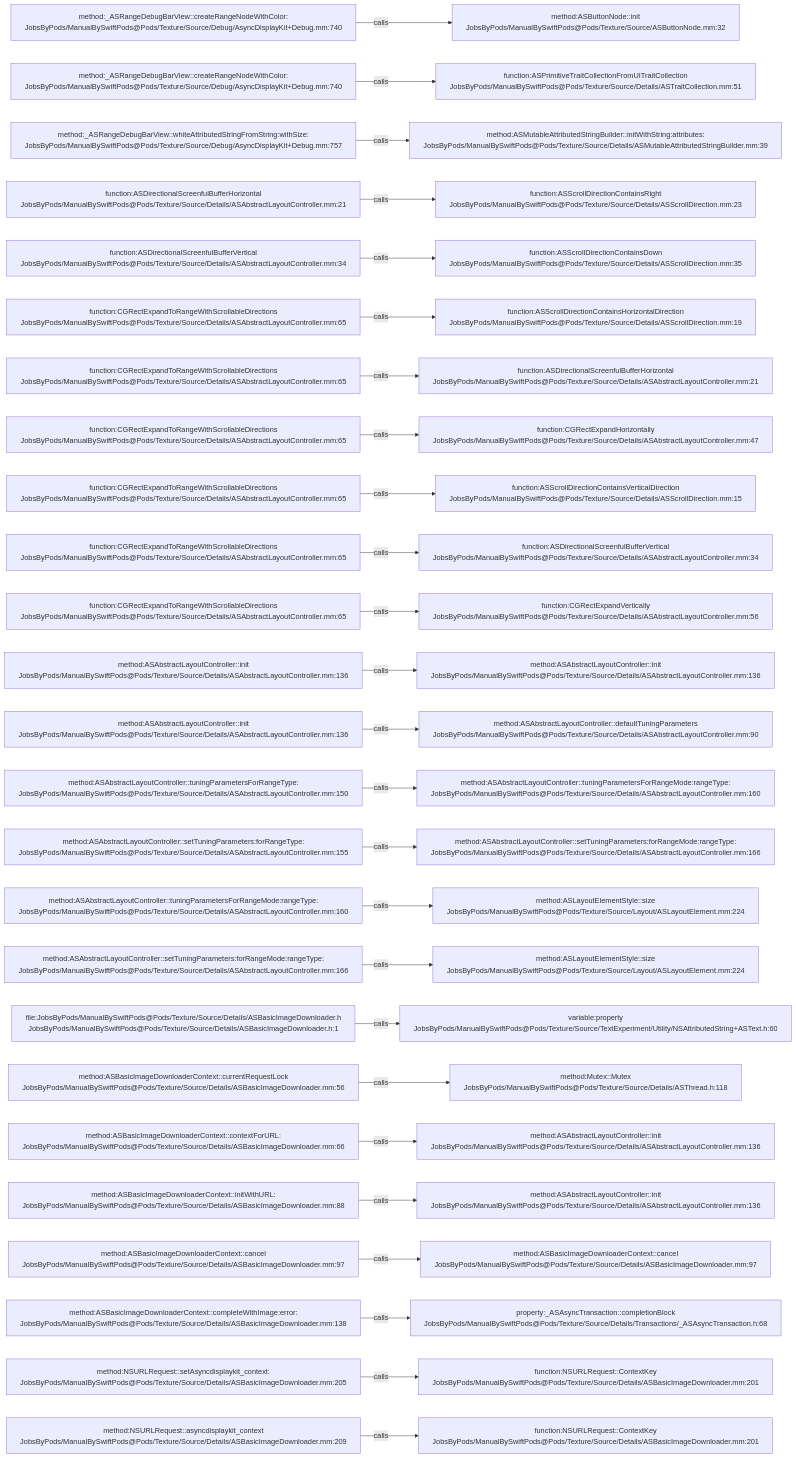
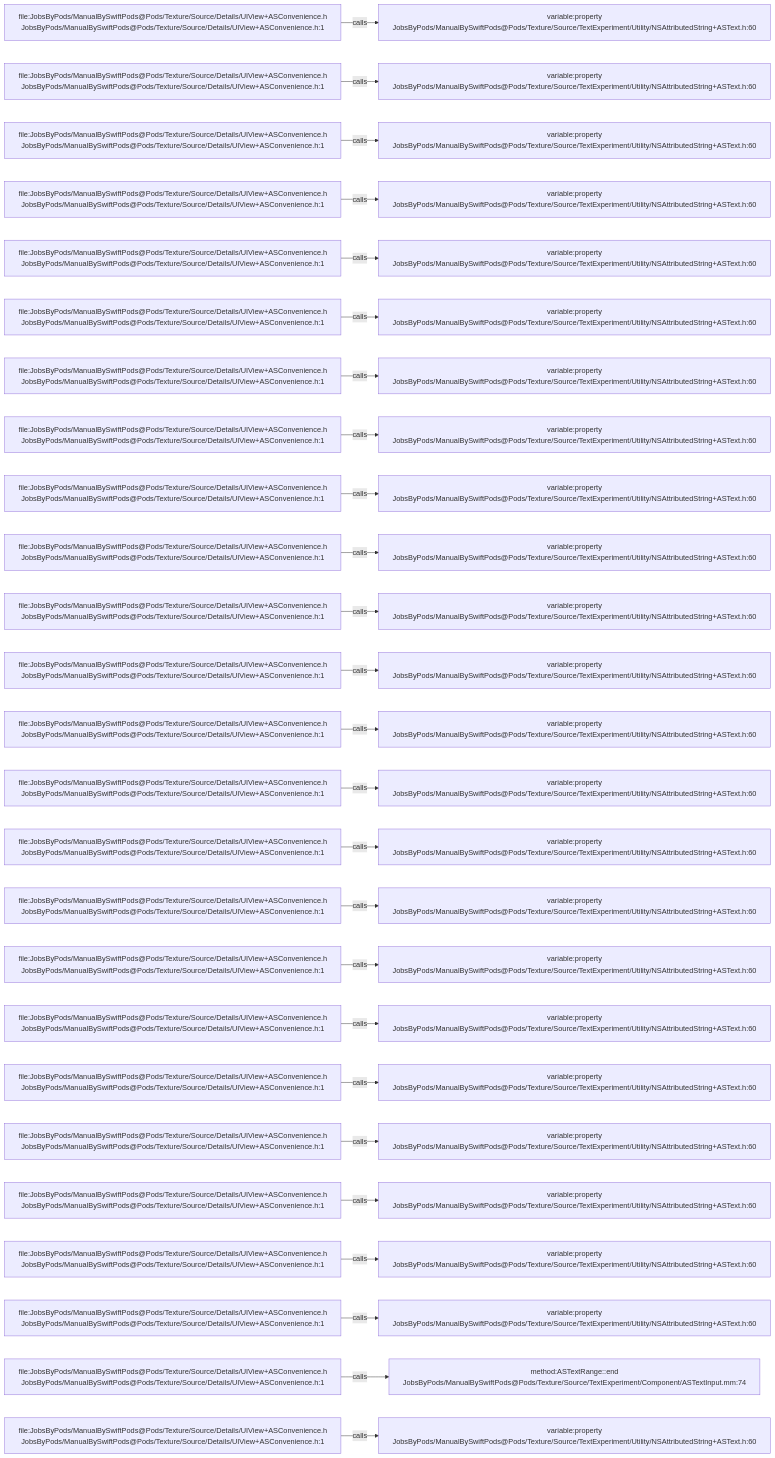
Before and after one commit to JobsKits/JobsSwiftBaseConfigDemo: the diagram in .codegraph/codegraph.md/graphs/calls-100.md, drawn with Mermaid. The commit also changed 832 other files, not shown here.

````diff
--- a/.codegraph/codegraph.md/graphs/calls-100.md
+++ b/.codegraph/codegraph.md/graphs/calls-100.md
@@ -13,78 +13,78 @@
 ```mermaid
 flowchart LR
-  S1["method:_ASRangeDebugBarView::createRangeNodeWithColor:<br/>JobsByPods/ManualBySwiftPods@Pods/Texture/Source/Debug/AsyncDisplayKit+Debug.mm:740"]
-  T1["method:ASButtonNode::init<br/>JobsByPods/ManualBySwiftPods@Pods/Texture/Source/ASButtonNode.mm:32"]
+  S1["file:JobsByPods/ManualBySwiftPods@Pods/Texture/Source/Details/UIView+ASConvenience.h<br/>JobsByPods/ManualBySwiftPods@Pods/Texture/Source/Details/UIView+ASConvenience.h:1"]
+  T1["variable:property<br/>JobsByPods/ManualBySwiftPods@Pods/Texture/Source/TextExperiment/Utility/NSAttributedString+ASText.h:60"]
   S1 -->|calls| T1
-  S2["method:_ASRangeDebugBarView::createRangeNodeWithColor:<br/>JobsByPods/ManualBySwiftPods@Pods/Texture/Source/Debug/AsyncDisplayKit+Debug.mm:740"]
-  T2["function:ASPrimitiveTraitCollectionFromUITraitCollection<br/>JobsByPods/ManualBySwiftPods@Pods/Texture/Source/Details/ASTraitCollection.mm:51"]
+  S2["file:JobsByPods/ManualBySwiftPods@Pods/Texture/Source/Details/UIView+ASConvenience.h<br/>JobsByPods/ManualBySwiftPods@Pods/Texture/Source/Details/UIView+ASConvenience.h:1"]
+  T2["variable:property<br/>JobsByPods/ManualBySwiftPods@Pods/Texture/Source/TextExperiment/Utility/NSAttributedString+ASText.h:60"]
   S2 -->|calls| T2
-  S3["method:_ASRangeDebugBarView::whiteAttributedStringFromString:withSize:<br/>JobsByPods/ManualBySwiftPods@Pods/Texture/Source/Debug/AsyncDisplayKit+Debug.mm:757"]
-  T3["method:ASMutableAttributedStringBuilder::initWithString:attributes:<br/>JobsByPods/ManualBySwiftPods@Pods/Texture/Source/Details/ASMutableAttributedStringBuilder.mm:39"]
+  S3["file:JobsByPods/ManualBySwiftPods@Pods/Texture/Source/Details/UIView+ASConvenience.h<br/>JobsByPods/ManualBySwiftPods@Pods/Texture/Source/Details/UIView+ASConvenience.h:1"]
+  T3["variable:property<br/>JobsByPods/ManualBySwiftPods@Pods/Texture/Source/TextExperiment/Utility/NSAttributedString+ASText.h:60"]
   S3 -->|calls| T3
-  S4["function:ASDirectionalScreenfulBufferHorizontal<br/>JobsByPods/ManualBySwiftPods@Pods/Texture/Source/Details/ASAbstractLayoutController.mm:21"]
-  T4["function:ASScrollDirectionContainsRight<br/>JobsByPods/ManualBySwiftPods@Pods/Texture/Source/Details/ASScrollDirection.mm:23"]
+  S4["file:JobsByPods/ManualBySwiftPods@Pods/Texture/Source/Details/UIView+ASConvenience.h<br/>JobsByPods/ManualBySwiftPods@Pods/Texture/Source/Details/UIView+ASConvenience.h:1"]
+  T4["variable:property<br/>JobsByPods/ManualBySwiftPods@Pods/Texture/Source/TextExperiment/Utility/NSAttributedString+ASText.h:60"]
   S4 -->|calls| T4
-  S5["function:ASDirectionalScreenfulBufferVertical<br/>JobsByPods/ManualBySwiftPods@Pods/Texture/Source/Details/ASAbstractLayoutController.mm:34"]
-  T5["function:ASScrollDirectionContainsDown<br/>JobsByPods/ManualBySwiftPods@Pods/Texture/Source/Details/ASScrollDirection.mm:35"]
+  S5["file:JobsByPods/ManualBySwiftPods@Pods/Texture/Source/Details/UIView+ASConvenience.h<br/>JobsByPods/ManualBySwiftPods@Pods/Texture/Source/Details/UIView+ASConvenience.h:1"]
+  T5["variable:property<br/>JobsByPods/ManualBySwiftPods@Pods/Texture/Source/TextExperiment/Utility/NSAttributedString+ASText.h:60"]
   S5 -->|calls| T5
-  S6["function:CGRectExpandToRangeWithScrollableDirections<br/>JobsByPods/ManualBySwiftPods@Pods/Texture/Source/Details/ASAbstractLayoutController.mm:65"]
-  T6["function:ASScrollDirectionContainsHorizontalDirection<br/>JobsByPods/ManualBySwiftPods@Pods/Texture/Source/Details/ASScrollDirection.mm:19"]
+  S6["file:JobsByPods/ManualBySwiftPods@Pods/Texture/Source/Details/UIView+ASConvenience.h<br/>JobsByPods/ManualBySwiftPods@Pods/Texture/Source/Details/UIView+ASConvenience.h:1"]
+  T6["variable:property<br/>JobsByPods/ManualBySwiftPods@Pods/Texture/Source/TextExperiment/Utility/NSAttributedString+ASText.h:60"]
   S6 -->|calls| T6
-  S7["function:CGRectExpandToRangeWithScrollableDirections<br/>JobsByPods/ManualBySwiftPods@Pods/Texture/Source/Details/ASAbstractLayoutController.mm:65"]
-  T7["function:ASDirectionalScreenfulBufferHorizontal<br/>JobsByPods/ManualBySwiftPods@Pods/Texture/Source/Details/ASAbstractLayoutController.mm:21"]
+  S7["file:JobsByPods/ManualBySwiftPods@Pods/Texture/Source/Details/UIView+ASConvenience.h<br/>JobsByPods/ManualBySwiftPods@Pods/Texture/Source/Details/UIView+ASConvenience.h:1"]
+  T7["variable:property<br/>JobsByPods/ManualBySwiftPods@Pods/Texture/Source/TextExperiment/Utility/NSAttributedString+ASText.h:60"]
   S7 -->|calls| T7
-  S8["function:CGRectExpandToRangeWithScrollableDirections<br/>JobsByPods/ManualBySwiftPods@Pods/Texture/Source/Details/ASAbstractLayoutController.mm:65"]
-  T8["function:CGRectExpandHorizontally<br/>JobsByPods/ManualBySwiftPods@Pods/Texture/Source/Details/ASAbstractLayoutController.mm:47"]
+  S8["file:JobsByPods/ManualBySwiftPods@Pods/Texture/Source/Details/UIView+ASConvenience.h<br/>JobsByPods/ManualBySwiftPods@Pods/Texture/Source/Details/UIView+ASConvenience.h:1"]
+  T8["variable:property<br/>JobsByPods/ManualBySwiftPods@Pods/Texture/Source/TextExperiment/Utility/NSAttributedString+ASText.h:60"]
   S8 -->|calls| T8
-  S9["function:CGRectExpandToRangeWithScrollableDirections<br/>JobsByPods/ManualBySwiftPods@Pods/Texture/Source/Details/ASAbstractLayoutController.mm:65"]
-  T9["function:ASScrollDirectionContainsVerticalDirection<br/>JobsByPods/ManualBySwiftPods@Pods/Texture/Source/Details/ASScrollDirection.mm:15"]
+  S9["file:JobsByPods/ManualBySwiftPods@Pods/Texture/Source/Details/UIView+ASConvenience.h<br/>JobsByPods/ManualBySwiftPods@Pods/Texture/Source/Details/UIView+ASConvenience.h:1"]
+  T9["variable:property<br/>JobsByPods/ManualBySwiftPods@Pods/Texture/Source/TextExperiment/Utility/NSAttributedString+ASText.h:60"]
   S9 -->|calls| T9
-  S10["function:CGRectExpandToRangeWithScrollableDirections<br/>JobsByPods/ManualBySwiftPods@Pods/Texture/Source/Details/ASAbstractLayoutController.mm:65"]
-  T10["function:ASDirectionalScreenfulBufferVertical<br/>JobsByPods/ManualBySwiftPods@Pods/Texture/Source/Details/ASAbstractLayoutController.mm:34"]
+  S10["file:JobsByPods/ManualBySwiftPods@Pods/Texture/Source/Details/UIView+ASConvenience.h<br/>JobsByPods/ManualBySwiftPods@Pods/Texture/Source/Details/UIView+ASConvenience.h:1"]
+  T10["variable:property<br/>JobsByPods/ManualBySwiftPods@Pods/Texture/Source/TextExperiment/Utility/NSAttributedString+ASText.h:60"]
   S10 -->|calls| T10
-  S11["function:CGRectExpandToRangeWithScrollableDirections<br/>JobsByPods/ManualBySwiftPods@Pods/Texture/Source/Details/ASAbstractLayoutController.mm:65"]
-  T11["function:CGRectExpandVertically<br/>JobsByPods/ManualBySwiftPods@Pods/Texture/Source/Details/ASAbstractLayoutController.mm:56"]
+  S11["file:JobsByPods/ManualBySwiftPods@Pods/Texture/Source/Details/UIView+ASConvenience.h<br/>JobsByPods/ManualBySwiftPods@Pods/Texture/Source/Details/UIView+ASConvenience.h:1"]
+  T11["variable:property<br/>JobsByPods/ManualBySwiftPods@Pods/Texture/Source/TextExperiment/Utility/NSAttributedString+ASText.h:60"]
   S11 -->|calls| T11
-  S12["method:ASAbstractLayoutController::init<br/>JobsByPods/ManualBySwiftPods@Pods/Texture/Source/Details/ASAbstractLayoutController.mm:136"]
-  T12["method:ASAbstractLayoutController::init<br/>JobsByPods/ManualBySwiftPods@Pods/Texture/Source/Details/ASAbstractLayoutController.mm:136"]
+  S12["file:JobsByPods/ManualBySwiftPods@Pods/Texture/Source/Details/UIView+ASConvenience.h<br/>JobsByPods/ManualBySwiftPods@Pods/Texture/Source/Details/UIView+ASConvenience.h:1"]
+  T12["variable:property<br/>JobsByPods/ManualBySwiftPods@Pods/Texture/Source/TextExperiment/Utility/NSAttributedString+ASText.h:60"]
   S12 -->|calls| T12
-  S13["method:ASAbstractLayoutController::init<br/>JobsByPods/ManualBySwiftPods@Pods/Texture/Source/Details/ASAbstractLayoutController.mm:136"]
-  T13["method:ASAbstractLayoutController::defaultTuningParameters<br/>JobsByPods/ManualBySwiftPods@Pods/Texture/Source/Details/ASAbstractLayoutController.mm:90"]
+  S13["file:JobsByPods/ManualBySwiftPods@Pods/Texture/Source/Details/UIView+ASConvenience.h<br/>JobsByPods/ManualBySwiftPods@Pods/Texture/Source/Details/UIView+ASConvenience.h:1"]
+  T13["variable:property<br/>JobsByPods/ManualBySwiftPods@Pods/Texture/Source/TextExperiment/Utility/NSAttributedString+ASText.h:60"]
   S13 -->|calls| T13
-  S14["method:ASAbstractLayoutController::tuningParametersForRangeType:<br/>JobsByPods/ManualBySwiftPods@Pods/Texture/Source/Details/ASAbstractLayoutController.mm:150"]
-  T14["method:ASAbstractLayoutController::tuningParametersForRangeMode:rangeType:<br/>JobsByPods/ManualBySwiftPods@Pods/Texture/Source/Details/ASAbstractLayoutController.mm:160"]
+  S14["file:JobsByPods/ManualBySwiftPods@Pods/Texture/Source/Details/UIView+ASConvenience.h<br/>JobsByPods/ManualBySwiftPods@Pods/Texture/Source/Details/UIView+ASConvenience.h:1"]
+  T14["variable:property<br/>JobsByPods/ManualBySwiftPods@Pods/Texture/Source/TextExperiment/Utility/NSAttributedString+ASText.h:60"]
   S14 -->|calls| T14
-  S15["method:ASAbstractLayoutController::setTuningParameters:forRangeType:<br/>JobsByPods/ManualBySwiftPods@Pods/Texture/Source/Details/ASAbstractLayoutController.mm:155"]
-  T15["method:ASAbstractLayoutController::setTuningParameters:forRangeMode:rangeType:<br/>JobsByPods/ManualBySwiftPods@Pods/Texture/Source/Details/ASAbstractLayoutController.mm:166"]
+  S15["file:JobsByPods/ManualBySwiftPods@Pods/Texture/Source/Details/UIView+ASConvenience.h<br/>JobsByPods/ManualBySwiftPods@Pods/Texture/Source/Details/UIView+ASConvenience.h:1"]
+  T15["variable:property<br/>JobsByPods/ManualBySwiftPods@Pods/Texture/Source/TextExperiment/Utility/NSAttributedString+ASText.h:60"]
   S15 -->|calls| T15
-  S16["method:ASAbstractLayoutController::tuningParametersForRangeMode:rangeType:<br/>JobsByPods/ManualBySwiftPods@Pods/Texture/Source/Details/ASAbstractLayoutController.mm:160"]
-  T16["method:ASLayoutElementStyle::size<br/>JobsByPods/ManualBySwiftPods@Pods/Texture/Source/Layout/ASLayoutElement.mm:224"]
+  S16["file:JobsByPods/ManualBySwiftPods@Pods/Texture/Source/Details/UIView+ASConvenience.h<br/>JobsByPods/ManualBySwiftPods@Pods/Texture/Source/Details/UIView+ASConvenience.h:1"]
+  T16["variable:property<br/>JobsByPods/ManualBySwiftPods@Pods/Texture/Source/TextExperiment/Utility/NSAttributedString+ASText.h:60"]
   S16 -->|calls| T16
-  S17["method:ASAbstractLayoutController::setTuningParameters:forRangeMode:rangeType:<br/>JobsByPods/ManualBySwiftPods@Pods/Texture/Source/Details/ASAbstractLayoutController.mm:166"]
-  T17["method:ASLayoutElementStyle::size<br/>JobsByPods/ManualBySwiftPods@Pods/Texture/Source/Layout/ASLayoutElement.mm:224"]
+  S17["file:JobsByPods/ManualBySwiftPods@Pods/Texture/Source/Details/UIView+ASConvenience.h<br/>JobsByPods/ManualBySwiftPods@Pods/Texture/Source/Details/UIView+ASConvenience.h:1"]
+  T17["variable:property<br/>JobsByPods/ManualBySwiftPods@Pods/Texture/Source/TextExperiment/Utility/NSAttributedString+ASText.h:60"]
   S17 -->|calls| T17
-  S18["file:JobsByPods/ManualBySwiftPods@Pods/Texture/Source/Details/ASBasicImageDownloader.h<br/>JobsByPods/ManualBySwiftPods@Pods/Texture/Source/Details/ASBasicImageDownloader.h:1"]
+  S18["file:JobsByPods/ManualBySwiftPods@Pods/Texture/Source/Details/UIView+ASConvenience.h<br/>JobsByPods/ManualBySwiftPods@Pods/Texture/Source/Details/UIView+ASConvenience.h:1"]
   T18["variable:property<br/>JobsByPods/ManualBySwiftPods@Pods/Texture/Source/TextExperiment/Utility/NSAttributedString+ASText.h:60"]
   S18 -->|calls| T18
-  S19["method:ASBasicImageDownloaderContext::currentRequestLock<br/>JobsByPods/ManualBySwiftPods@Pods/Texture/Source/Details/ASBasicImageDownloader.mm:56"]
-  T19["method:Mutex::Mutex<br/>JobsByPods/ManualBySwiftPods@Pods/Texture/Source/Details/ASThread.h:118"]
+  S19["file:JobsByPods/ManualBySwiftPods@Pods/Texture/Source/Details/UIView+ASConvenience.h<br/>JobsByPods/ManualBySwiftPods@Pods/Texture/Source/Details/UIView+ASConvenience.h:1"]
+  T19["variable:property<br/>JobsByPods/ManualBySwiftPods@Pods/Texture/Source/TextExperiment/Utility/NSAttributedString+ASText.h:60"]
   S19 -->|calls| T19
-  S20["method:ASBasicImageDownloaderContext::contextForURL:<br/>JobsByPods/ManualBySwiftPods@Pods/Texture/Source/Details/ASBasicImageDownloader.mm:66"]
-  T20["method:ASAbstractLayoutController::init<br/>JobsByPods/ManualBySwiftPods@Pods/Texture/Source/Details/ASAbstractLayoutController.mm:136"]
+  S20["file:JobsByPods/ManualBySwiftPods@Pods/Texture/Source/Details/UIView+ASConvenience.h<br/>JobsByPods/ManualBySwiftPods@Pods/Texture/Source/Details/UIView+ASConvenience.h:1"]
+  T20["variable:property<br/>JobsByPods/ManualBySwiftPods@Pods/Texture/Source/TextExperiment/Utility/NSAttributedString+ASText.h:60"]
   S20 -->|calls| T20
-  S21["method:ASBasicImageDownloaderContext::initWithURL:<br/>JobsByPods/ManualBySwiftPods@Pods/Texture/Source/Details/ASBasicImageDownloader.mm:88"]
-  T21["method:ASAbstractLayoutController::init<br/>JobsByPods/ManualBySwiftPods@Pods/Texture/Source/Details/ASAbstractLayoutController.mm:136"]
+  S21["file:JobsByPods/ManualBySwiftPods@Pods/Texture/Source/Details/UIView+ASConvenience.h<br/>JobsByPods/ManualBySwiftPods@Pods/Texture/Source/Details/UIView+ASConvenience.h:1"]
+  T21["variable:property<br/>JobsByPods/ManualBySwiftPods@Pods/Texture/Source/TextExperiment/Utility/NSAttributedString+ASText.h:60"]
   S21 -->|calls| T21
-  S22["method:ASBasicImageDownloaderContext::cancel<br/>JobsByPods/ManualBySwiftPods@Pods/Texture/Source/Details/ASBasicImageDownloader.mm:97"]
-  T22["method:ASBasicImageDownloaderContext::cancel<br/>JobsByPods/ManualBySwiftPods@Pods/Texture/Source/Details/ASBasicImageDownloader.mm:97"]
+  S22["file:JobsByPods/ManualBySwiftPods@Pods/Texture/Source/Details/UIView+ASConvenience.h<br/>JobsByPods/ManualBySwiftPods@Pods/Texture/Source/Details/UIView+ASConvenience.h:1"]
+  T22["variable:property<br/>JobsByPods/ManualBySwiftPods@Pods/Texture/Source/TextExperiment/Utility/NSAttributedString+ASText.h:60"]
   S22 -->|calls| T22
-  S23["method:ASBasicImageDownloaderContext::completeWithImage:error:<br/>JobsByPods/ManualBySwiftPods@Pods/Texture/Source/Details/ASBasicImageDownloader.mm:138"]
-  T23["property:_ASAsyncTransaction::completionBlock<br/>JobsByPods/ManualBySwiftPods@Pods/Texture/Source/Details/Transactions/_ASAsyncTransaction.h:68"]
+  S23["file:JobsByPods/ManualBySwiftPods@Pods/Texture/Source/Details/UIView+ASConvenience.h<br/>JobsByPods/ManualBySwiftPods@Pods/Texture/Source/Details/UIView+ASConvenience.h:1"]
+  T23["variable:property<br/>JobsByPods/ManualBySwiftPods@Pods/Texture/Source/TextExperiment/Utility/NSAttributedString+ASText.h:60"]
   S23 -->|calls| T23
-  S24["method:NSURLRequest::setAsyncdisplaykit_context:<br/>JobsByPods/ManualBySwiftPods@Pods/Texture/Source/Details/ASBasicImageDownloader.mm:205"]
-  T24["function:NSURLRequest::ContextKey<br/>JobsByPods/ManualBySwiftPods@Pods/Texture/Source/Details/ASBasicImageDownloader.mm:201"]
+  S24["file:JobsByPods/ManualBySwiftPods@Pods/Texture/Source/Details/UIView+ASConvenience.h<br/>JobsByPods/ManualBySwiftPods@Pods/Texture/Source/Details/UIView+ASConvenience.h:1"]
+  T24["method:ASTextRange::end<br/>JobsByPods/ManualBySwiftPods@Pods/Texture/Source/TextExperiment/Component/ASTextInput.mm:74"]
   S24 -->|calls| T24
-  S25["method:NSURLRequest::asyncdisplaykit_context<br/>JobsByPods/ManualBySwiftPods@Pods/Texture/Source/Details/ASBasicImageDownloader.mm:209"]
-  T25["function:NSURLRequest::ContextKey<br/>JobsByPods/ManualBySwiftPods@Pods/Texture/Source/Details/ASBasicImageDownloader.mm:201"]
+  S25["file:JobsByPods/ManualBySwiftPods@Pods/Texture/Source/Details/UIView+ASConvenience.h<br/>JobsByPods/ManualBySwiftPods@Pods/Texture/Source/Details/UIView+ASConvenience.h:1"]
+  T25["variable:property<br/>JobsByPods/ManualBySwiftPods@Pods/Texture/Source/TextExperiment/Utility/NSAttributedString+ASText.h:60"]
   S25 -->|calls| T25
 ```
````
